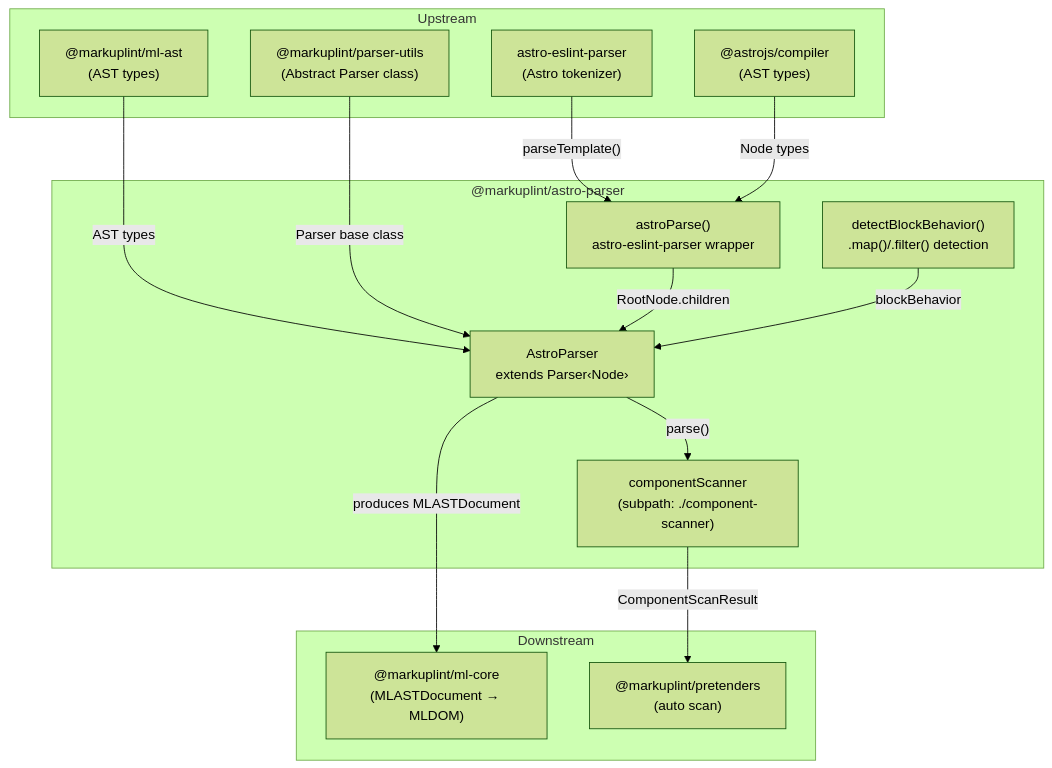
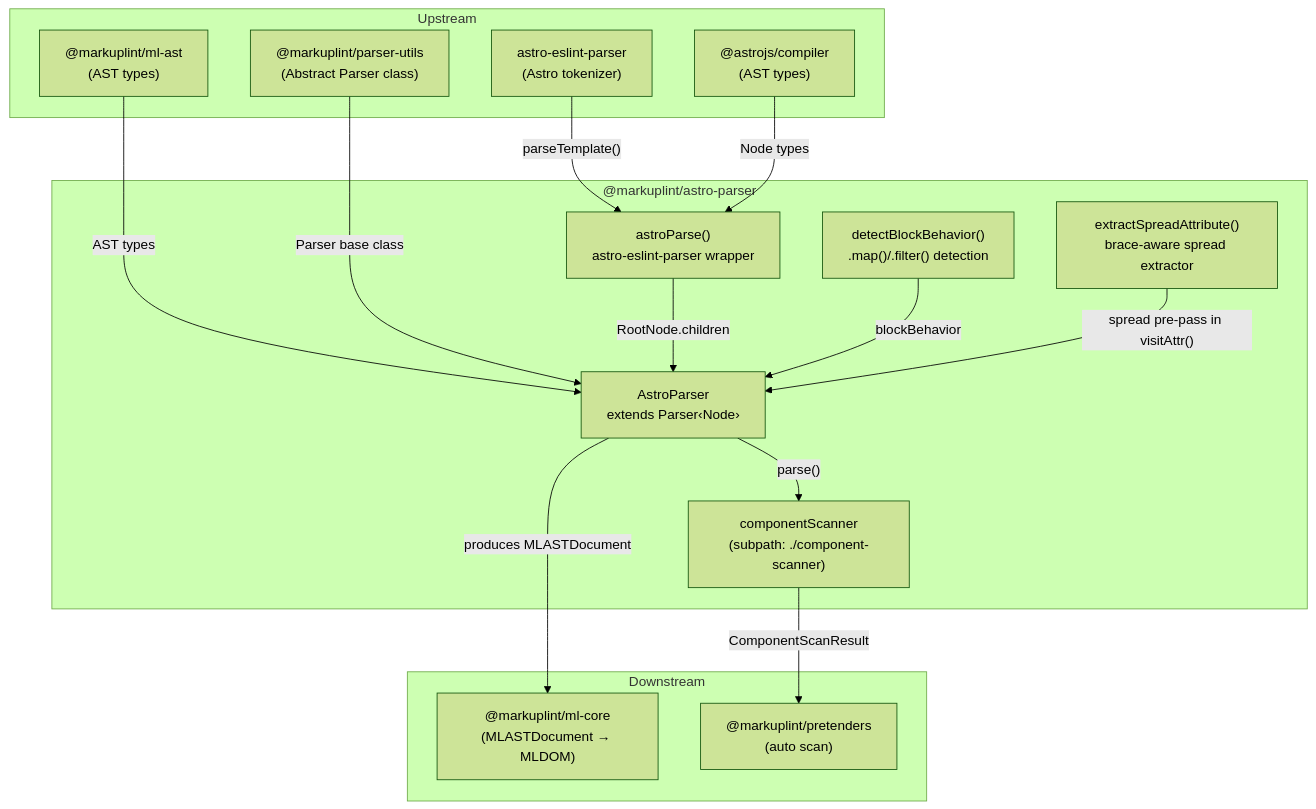
One commit to markuplint/markuplint changed the diagram in packages/@markuplint/astro-parser/ARCHITECTURE.md. Above: the diagram before and after it, drawn with Mermaid (forest theme). The commit also changed other lines of this file and 3 other files, not shown here.

First line of the commit message:
docs(astro-parser): show spread extractor in diagram, recipe, and independence note

````diff
--- a/packages/@markuplint/astro-parser/ARCHITECTURE.md
+++ b/packages/@markuplint/astro-parser/ARCHITECTURE.md
@@ -23,31 +23,33 @@
 ```mermaid
 flowchart TD
     subgraph upstream ["Upstream"]
         mlAst["@markuplint/ml-ast\n(AST types)"]
         parserUtils["@markuplint/parser-utils\n(Abstract Parser class)"]
         astroEslintParser["astro-eslint-parser\n(Astro tokenizer)"]
         astroCompiler["@astrojs/compiler\n(AST types)"]
     end
 
     subgraph pkg ["@markuplint/astro-parser"]
         astroParser["AstroParser\nextends Parser‹Node›"]
         astroParseFn["astroParse()\nastro-eslint-parser wrapper"]
         detectBlock["detectBlockBehavior()\n.map()/.filter() detection"]
+        spreadAttr["extractSpreadAttribute()\nbrace-aware spread extractor"]
         compScanner["componentScanner\n(subpath: ./component-scanner)"]
     end
 
     subgraph downstream ["Downstream"]
         mlCore["@markuplint/ml-core\n(MLASTDocument → MLDOM)"]
         pretenders["@markuplint/pretenders\n(auto scan)"]
     end
 
     mlAst -->|"AST types"| astroParser
     parserUtils -->|"Parser base class"| astroParser
     astroEslintParser -->|"parseTemplate()"| astroParseFn
     astroCompiler -->|"Node types"| astroParseFn
     astroParseFn -->|"RootNode.children"| astroParser
     detectBlock -->|"blockBehavior"| astroParser
+    spreadAttr -->|"spread pre-pass in visitAttr()"| astroParser
     astroParser -->|"produces MLASTDocument"| mlCore
     astroParser -->|"parse()"| compScanner
     compScanner -->|"ComponentScanResult"| pretenders
 ```
````
